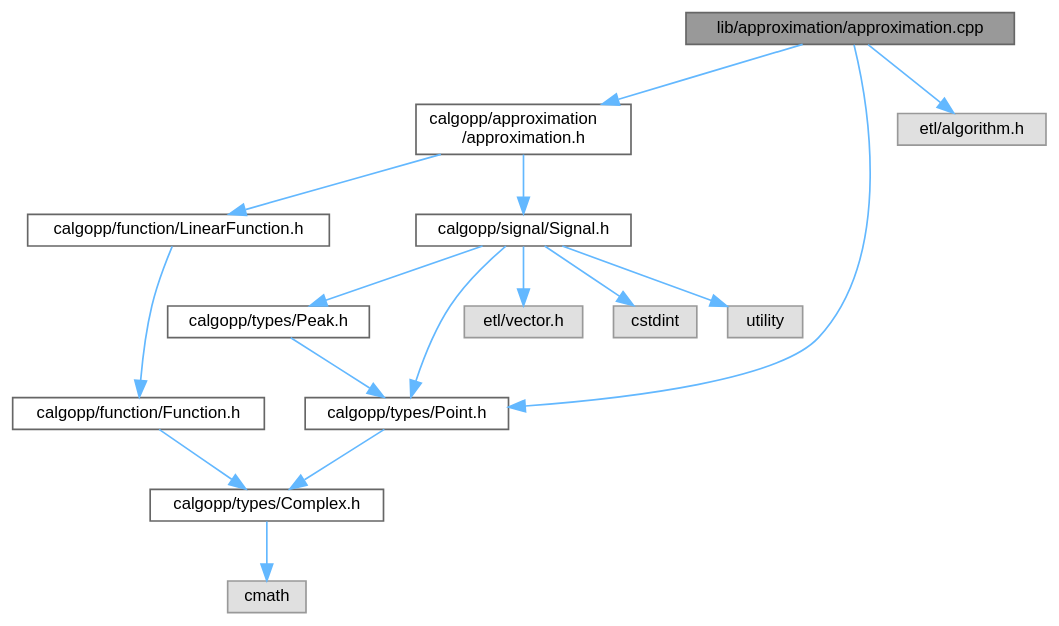
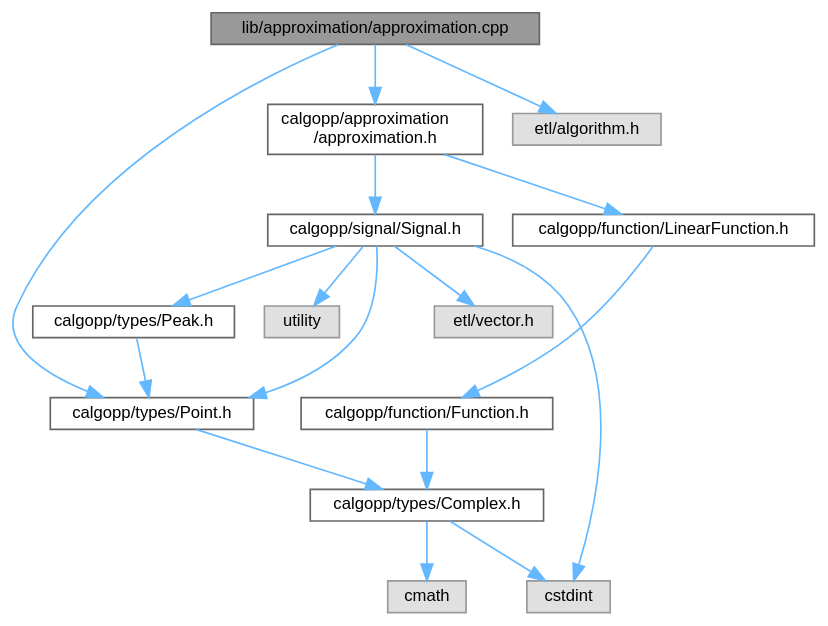
Before and after one commit to pawelekg95/algopp: the diagram in approximation_8cpp__incl.dot, drawn with Graphviz. The commit also changed 45 other files, not shown here.

```diff
--- a/approximation_8cpp__incl.dot
+++ b/approximation_8cpp__incl.dot
@@ -1,35 +1,36 @@
 digraph "lib/approximation/approximation.cpp"
 {
  // LATEX_PDF_SIZE
   bgcolor="transparent";
   edge [fontname=Helvetica,fontsize=10,labelfontname=Helvetica,labelfontsize=10];
   node [fontname=Helvetica,fontsize=10,shape=box,height=0.2,width=0.4];
   Node1 [label="lib/approximation/approximation.cpp",height=0.2,width=0.4,color="gray40", fillcolor="grey60", style="filled", fontcolor="black",tooltip=" "];
   Node1 -> Node2 [color="steelblue1",style="solid"];
   Node2 [label="calgopp/approximation\l/approximation.h",height=0.2,width=0.4,color="grey40", fillcolor="white", style="filled",URL="$approximation_8h.html",tooltip=" "];
   Node2 -> Node3 [color="steelblue1",style="solid"];
   Node3 [label="calgopp/function/LinearFunction.h",height=0.2,width=0.4,color="grey40", fillcolor="white", style="filled",URL="$LinearFunction_8h.html",tooltip=" "];
   Node3 -> Node4 [color="steelblue1",style="solid"];
   Node4 [label="calgopp/function/Function.h",height=0.2,width=0.4,color="grey40", fillcolor="white", style="filled",URL="$Function_8h.html",tooltip=" "];
   Node4 -> Node5 [color="steelblue1",style="solid"];
   Node5 [label="calgopp/types/Complex.h",height=0.2,width=0.4,color="grey40", fillcolor="white", style="filled",URL="$Complex_8h.html",tooltip=" "];
   Node5 -> Node6 [color="steelblue1",style="solid"];
   Node6 [label="cmath",height=0.2,width=0.4,color="grey60", fillcolor="#E0E0E0", style="filled",tooltip=" "];
-  Node2 -> Node7 [color="steelblue1",style="solid"];
-  Node7 [label="calgopp/signal/Signal.h",height=0.2,width=0.4,color="grey40", fillcolor="white", style="filled",URL="$Signal_8h.html",tooltip=" "];
-  Node7 -> Node8 [color="steelblue1",style="solid"];
-  Node8 [label="calgopp/types/Peak.h",height=0.2,width=0.4,color="grey40", fillcolor="white", style="filled",URL="$Peak_8h.html",tooltip=" "];
+  Node5 -> Node7 [color="steelblue1",style="solid"];
+  Node7 [label="cstdint",height=0.2,width=0.4,color="grey60", fillcolor="#E0E0E0", style="filled",tooltip=" "];
+  Node2 -> Node8 [color="steelblue1",style="solid"];
+  Node8 [label="calgopp/signal/Signal.h",height=0.2,width=0.4,color="grey40", fillcolor="white", style="filled",URL="$Signal_8h.html",tooltip=" "];
   Node8 -> Node9 [color="steelblue1",style="solid"];
-  Node9 [label="calgopp/types/Point.h",height=0.2,width=0.4,color="grey40", fillcolor="white", style="filled",URL="$Point_8h.html",tooltip=" "];
-  Node9 -> Node5 [color="steelblue1",style="solid"];
-  Node7 -> Node9 [color="steelblue1",style="solid"];
-  Node7 -> Node10 [color="steelblue1",style="solid"];
-  Node10 [label="etl/vector.h",height=0.2,width=0.4,color="grey60", fillcolor="#E0E0E0", style="filled",tooltip=" "];
-  Node7 -> Node11 [color="steelblue1",style="solid"];
-  Node11 [label="cstdint",height=0.2,width=0.4,color="grey60", fillcolor="#E0E0E0", style="filled",tooltip=" "];
-  Node7 -> Node12 [color="steelblue1",style="solid"];
+  Node9 [label="calgopp/types/Peak.h",height=0.2,width=0.4,color="grey40", fillcolor="white", style="filled",URL="$Peak_8h.html",tooltip=" "];
+  Node9 -> Node10 [color="steelblue1",style="solid"];
+  Node10 [label="calgopp/types/Point.h",height=0.2,width=0.4,color="grey40", fillcolor="white", style="filled",URL="$Point_8h.html",tooltip=" "];
+  Node10 -> Node5 [color="steelblue1",style="solid"];
+  Node8 -> Node10 [color="steelblue1",style="solid"];
+  Node8 -> Node11 [color="steelblue1",style="solid"];
+  Node11 [label="etl/vector.h",height=0.2,width=0.4,color="grey60", fillcolor="#E0E0E0", style="filled",tooltip=" "];
+  Node8 -> Node7 [color="steelblue1",style="solid"];
+  Node8 -> Node12 [color="steelblue1",style="solid"];
   Node12 [label="utility",height=0.2,width=0.4,color="grey60", fillcolor="#E0E0E0", style="filled",tooltip=" "];
-  Node1 -> Node9 [color="steelblue1",style="solid"];
+  Node1 -> Node10 [color="steelblue1",style="solid"];
   Node1 -> Node13 [color="steelblue1",style="solid"];
   Node13 [label="etl/algorithm.h",height=0.2,width=0.4,color="grey60", fillcolor="#E0E0E0", style="filled",tooltip=" "];
 }
```
